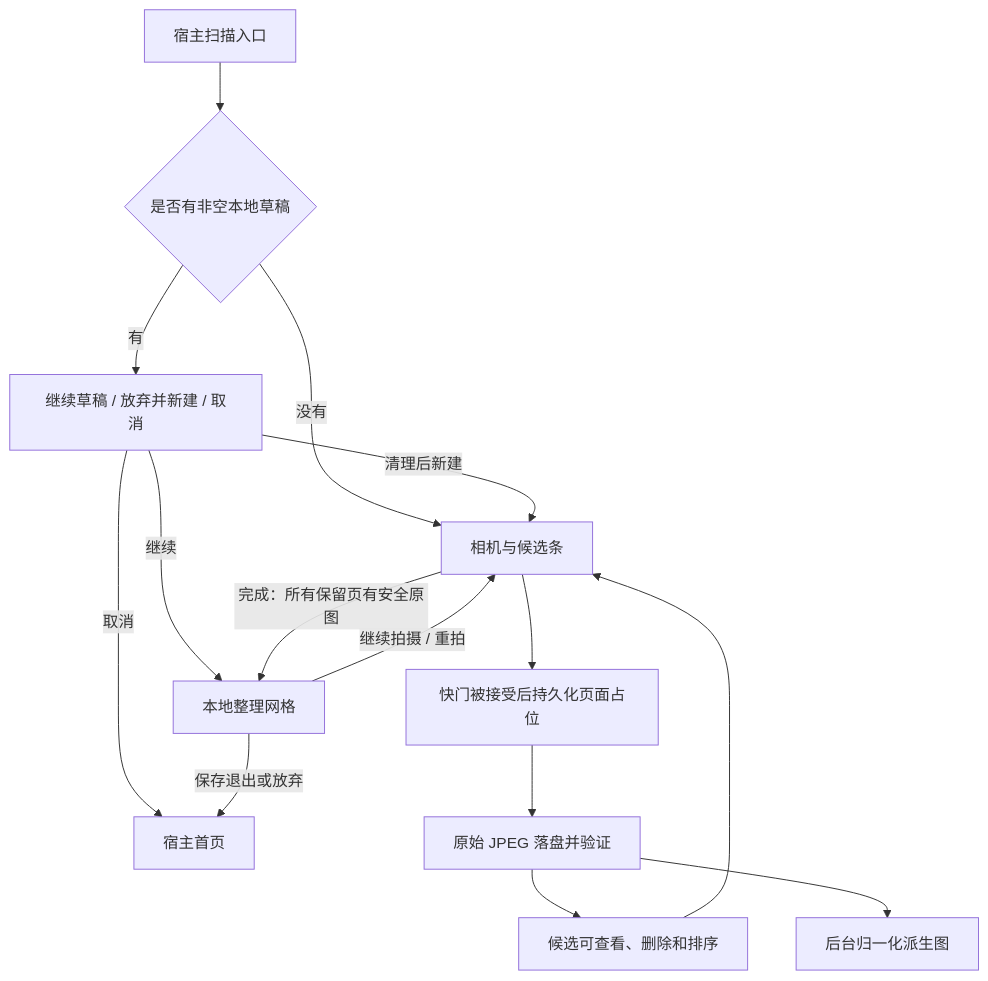
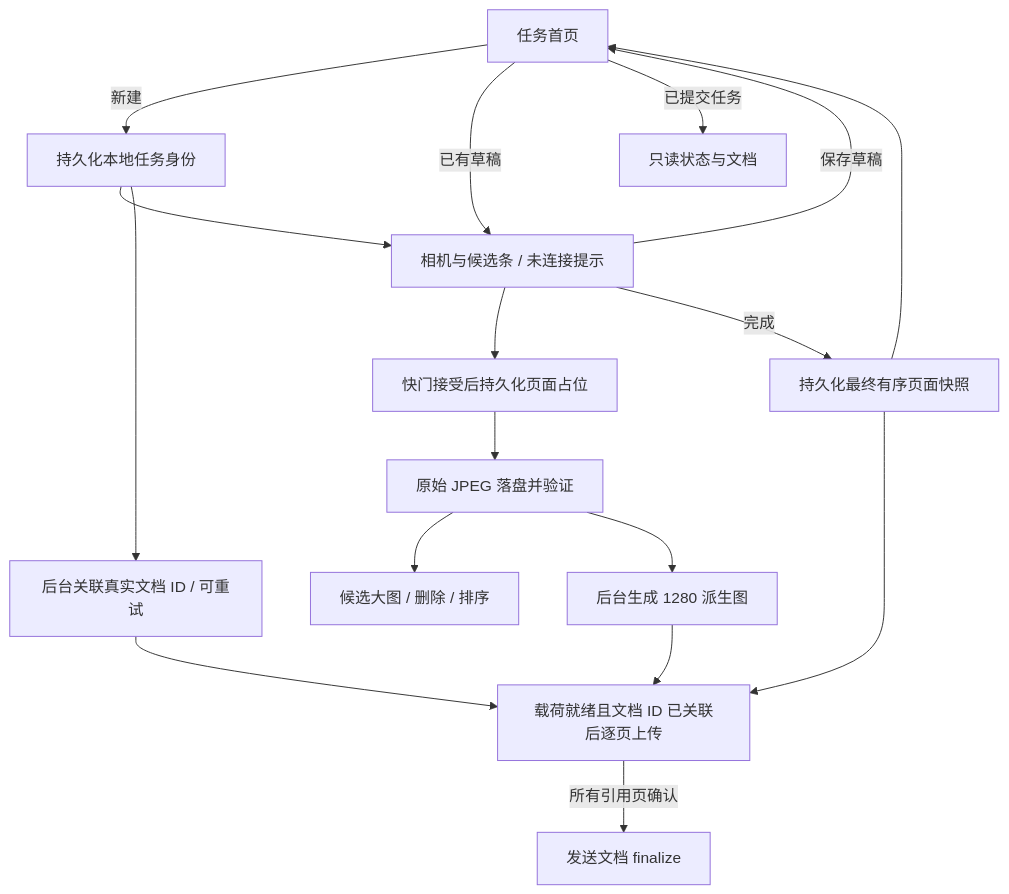
Before and after one commit to liuzijian-cs/capture2doc: the first of 2 diagrams in docs/capture_pipeline.md, drawn with Mermaid. The commit also changed other lines of this file and 48 other files, not shown here.

````diff
--- a/docs/capture_pipeline.md
+++ b/docs/capture_pipeline.md
@@ -18,17 +19,19 @@
 ```mermaid
 flowchart TD
-    Entry[宿主扫描入口] --> Existing{是否有非空本地草稿}
-    Existing -->|没有| Camera[相机与候选条]
-    Existing -->|有| Choice[继续草稿 / 放弃并新建 / 取消]
-    Choice -->|继续| Grid[本地整理网格]
-    Choice -->|清理后新建| Camera
-    Choice -->|取消| Home[宿主首页]
-    Camera --> Accepted[快门被接受后持久化页面占位]
-    Accepted --> Original[原始 JPEG 落盘并验证]
-    Original --> Candidate[候选可查看、删除和排序]
-    Original --> Normalize[后台归一化派生图]
-    Candidate --> Camera
-    Camera -->|完成：所有保留页有安全原图| Grid
-    Grid -->|继续拍摄 / 重拍| Camera
-    Grid -->|保存退出或放弃| Home
+    Home[任务首页] -->|新建| Local[持久化本地任务身份]
+    Local --> Camera[相机与候选条 / 未连接提示]
+    Local --> Create[后台关联真实文档 ID / 可重试]
+    Home -->|已有草稿| Camera
+    Camera --> Reserve[快门接受后持久化页面占位]
+    Reserve --> Original[原始 JPEG 落盘并验证]
+    Original --> Candidate[候选大图 / 删除 / 排序]
+    Original --> Normalize[后台生成 1280 派生图]
+    Normalize --> Upload[载荷就绪且文档 ID 已关联后逐页上传]
+    Create --> Upload
+    Camera -->|保存草稿| Home
+    Camera -->|完成| Freeze[持久化最终有序页面快照]
+    Freeze --> Home
+    Freeze --> Upload
+    Upload -->|所有引用页确认| Finalize[发送文档 finalize]
+    Home -->|已提交任务| Detail[只读状态与文档]
 ```
````
